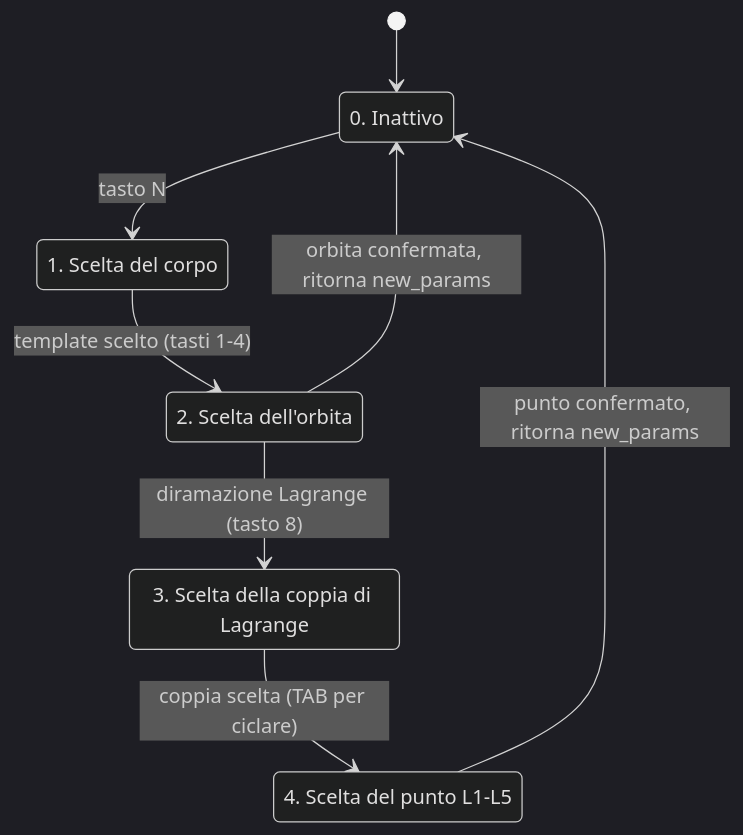
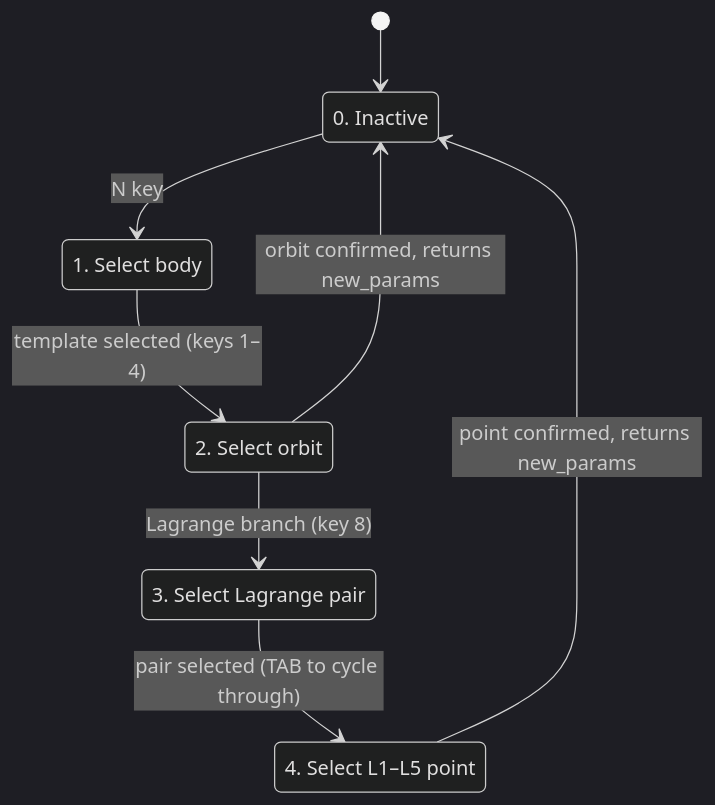
Diagram 11 of 11 in ARCHITECTURE_DEEP_DIVE.md (alessandro-pioli/AstroCausal_Engine), drawn with Mermaid (dark theme) before and after one commit. The commit also changed other lines of this file and 5 other files, not shown here.

````diff
--- a/ARCHITECTURE_DEEP_DIVE.md
+++ b/ARCHITECTURE_DEEP_DIVE.md
@@ -804,15 +807,15 @@
 ```mermaid
 stateDiagram-v2
-    s0 : 0. Inattivo
-    s1 : 1. Scelta del corpo
-    s2 : 2. Scelta dell'orbita
-    s3 : 3. Scelta della coppia di Lagrange
-    s4 : 4. Scelta del punto L1-L5
+    s0 : 0. Inactive
+    s1 : 1. Select body
+    s2 : 2. Select orbit
+    s3 : 3. Select Lagrange pair
+    s4 : 4. Select L1–L5 point
     [*] --> s0
-    s0 --> s1 : tasto N
-    s1 --> s2 : template scelto (tasti 1-4)
-    s2 --> s0 : orbita confermata, ritorna new_params
-    s2 --> s3 : diramazione Lagrange (tasto 8)
-    s3 --> s4 : coppia scelta (TAB per ciclare)
-    s4 --> s0 : punto confermato, ritorna new_params
+    s0 --> s1 : N key
+    s1 --> s2 : template selected (keys 1–4)
+    s2 --> s0 : orbit confirmed, returns new_params
+    s2 --> s3 : Lagrange branch (key 8)
+    s3 --> s4: pair selected (TAB to cycle through)
+    s4 --> s0: point confirmed, returns new_params
 ```
````
